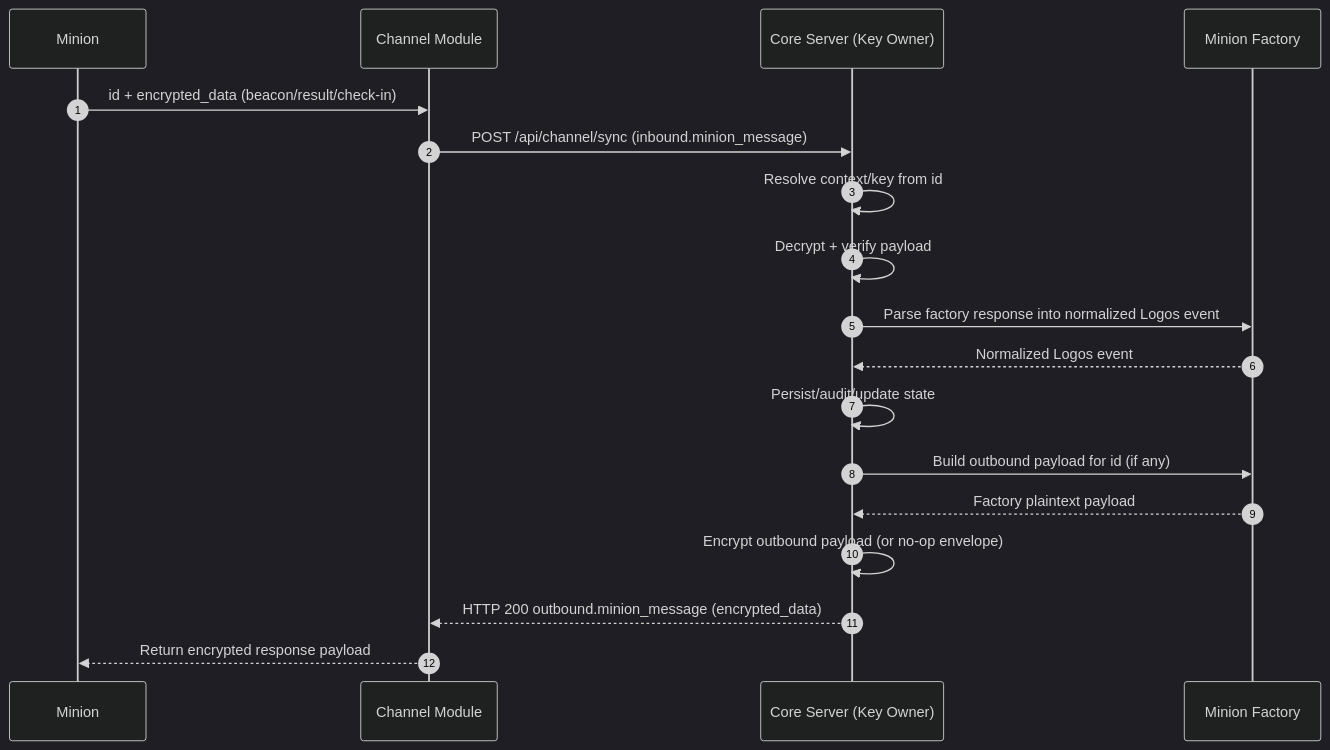
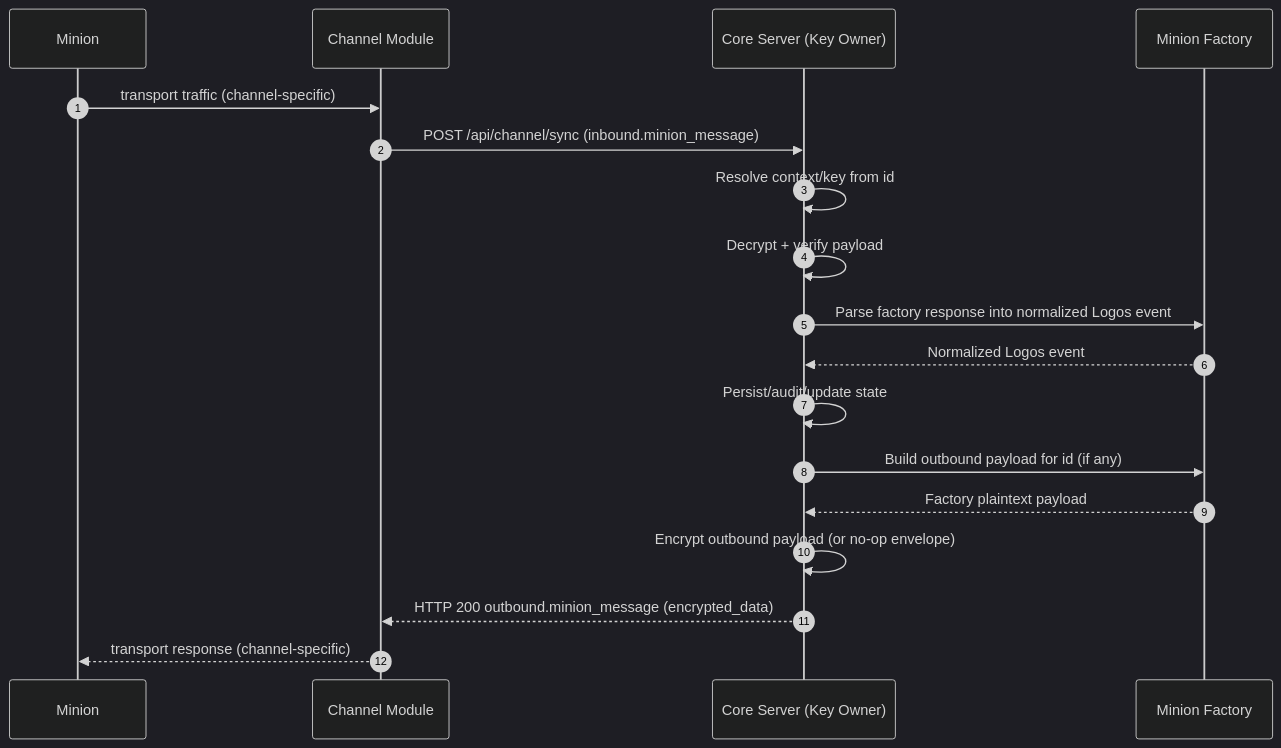
The diagram in src/content/docs/message-flow-full.md (LogosCore/logos-docs), drawn with Mermaid (dark theme) before and after one commit. The commit also changed other lines of this file and 22 other files, not shown here.

````diff
--- a/src/content/docs/message-flow-full.md
+++ b/src/content/docs/message-flow-full.md
@@ -14,22 +9,22 @@
 ```mermaid
 sequenceDiagram
     autonumber
     participant I as Minion
     participant CH as Channel Module
     participant CS as Core Server (Key Owner)
     participant IP as Minion Factory
 
-    I->>CH: id + encrypted_data (beacon/result/check-in)
+    I->>CH: transport traffic (channel-specific)
     CH->>CS: POST /api/channel/sync (inbound.minion_message)
     CS->>CS: Resolve context/key from id
     CS->>CS: Decrypt + verify payload
     CS->>IP: Parse factory response into normalized Logos event
     IP-->>CS: Normalized Logos event
     CS->>CS: Persist/audit/update state
 
     CS->>IP: Build outbound payload for id (if any)
     IP-->>CS: Factory plaintext payload
     CS->>CS: Encrypt outbound payload (or no-op envelope)
     CS-->>CH: HTTP 200 outbound.minion_message (encrypted_data)
-    CH-->>I: Return encrypted response payload
+    CH-->>I: transport response (channel-specific)
 ```
````
